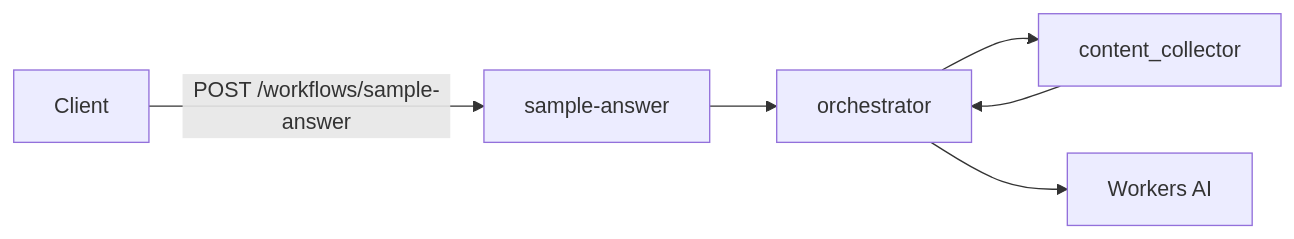
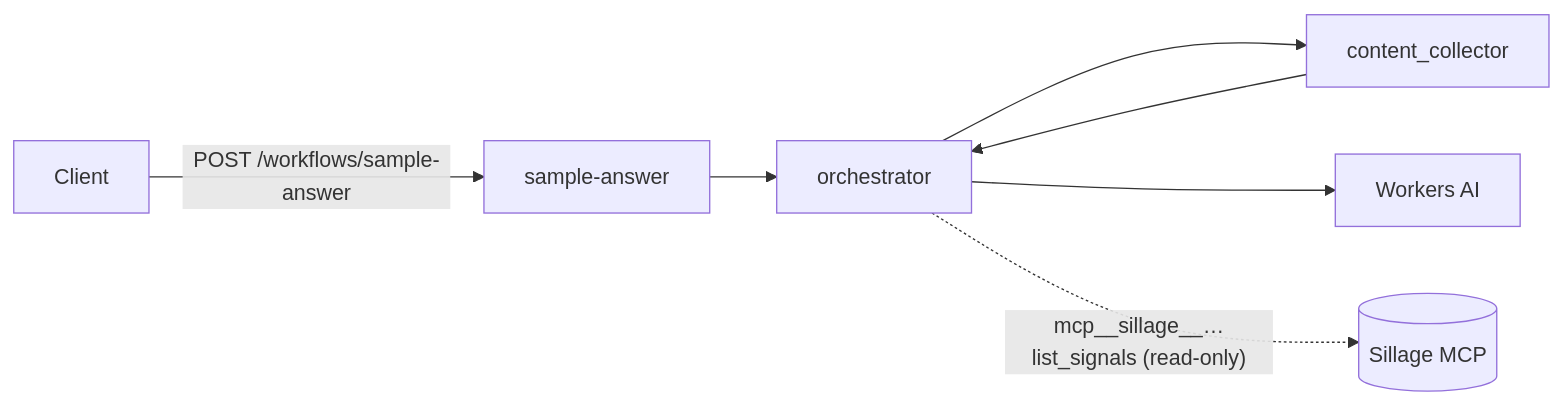
One commit to louisbrulenaudet/agentic-gtm-hackathon-monorepo changed the second of 2 diagrams in apps/worker-agent/AGENTS.md. Above: the diagram before and after it, drawn with Mermaid. The commit also changed other lines of this file and 10 other files, not shown here.

First line of the commit message:
feat(worker-agent): integrate Sillage MCP client and update documentation

````diff
--- a/apps/worker-agent/AGENTS.md
+++ b/apps/worker-agent/AGENTS.md
@@ -109,8 +110,9 @@
 ```mermaid
 flowchart LR
   Client -->|POST /workflows/sample-answer| Wf[sample-answer]
   Wf --> Orch[orchestrator]
   Orch --> Collector[content_collector]
   Collector --> Orch
   Orch --> AI[Workers AI]
+  Orch -.->|"mcp__sillage__…list_signals (read-only)"| Sillage[(Sillage MCP)]
 ```
````
